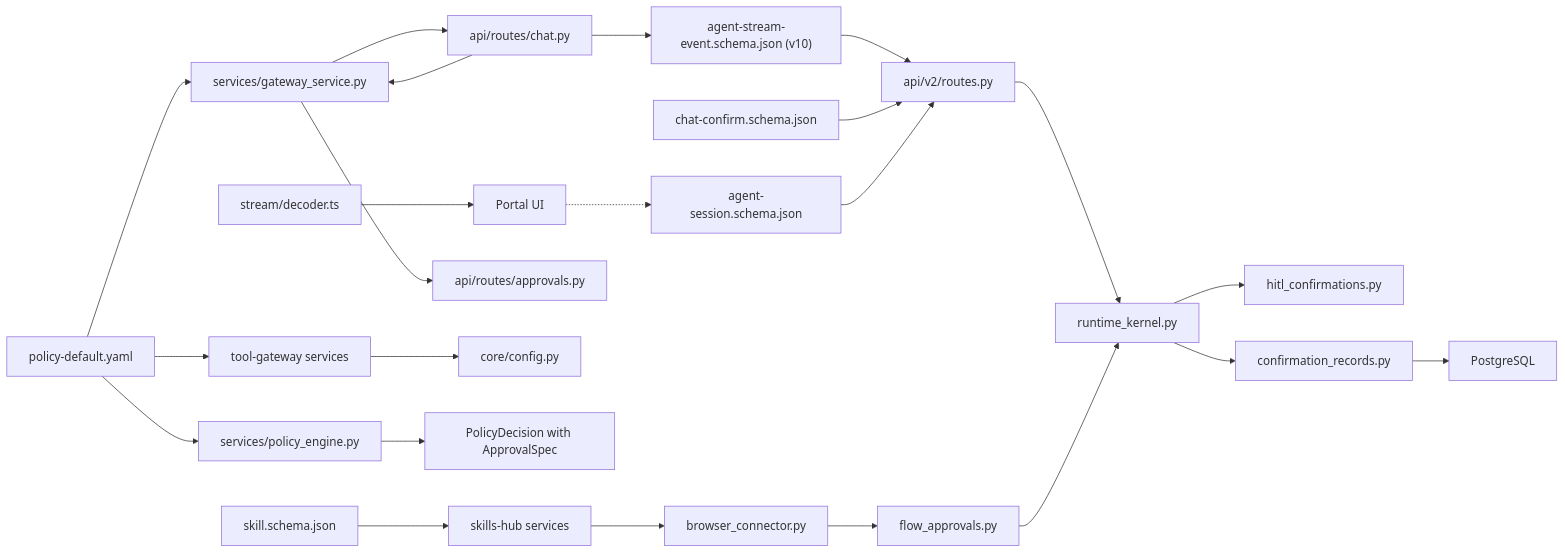
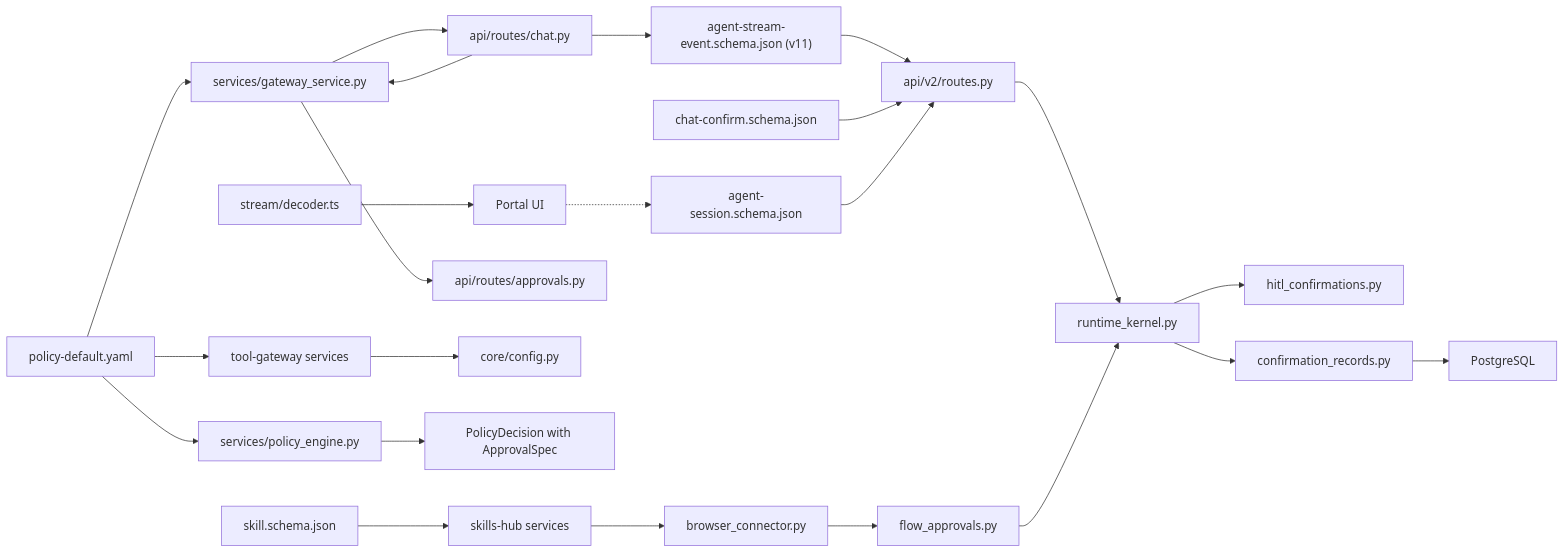
Diagram 14 of 14 in .qoder/repowiki/en/content/Agent Platform Service/HITL Confirmation Bridging (SPEC-020).md (metasync/luban-aiops), drawn with Mermaid before and after one commit. The commit also changed other lines of this file and 24 other files, not shown here.

````diff
--- a/.qoder/repowiki/en/content/Agent Platform Service/HITL Confirmation Bridging (SPEC-020).md
+++ b/.qoder/repowiki/en/content/Agent Platform Service/HITL Confirmation Bridging (SPEC-020).md
@@ -797,25 +800,25 @@
 ```mermaid
 graph LR
-SCHEMA["agent-stream-event.schema.json (v10)"] --> ROUTES["api/v2/routes.py"]
+SCHEMA["agent-stream-event.schema.json (v11)"] --> ROUTES["api/v2/routes.py"]
 CONFIRM_SCHEMA["chat-confirm.schema.json"] --> ROUTES
 SESSION_SCHEMA["agent-session.schema.json"] --> ROUTES
 SKILL_SCHEMA["skill.schema.json"] --> SKILLSHUB["skills-hub services"]
 POLICY["policy-default.yaml"] --> GWSVC["services/gateway_service.py"]
 POLICY --> TGSVC["tool-gateway services"]
 POLICY --> PE["services/policy_engine.py"]
 GWSVC --> CHATROUTE["api/routes/chat.py"]
 GWSVC --> APPROVALSROUTE["api/routes/approvals.py"]
 ROUTES --> KERNEL["runtime_kernel.py"]
 KERNEL --> REGISTRY["hitl_confirmations.py"]
 KERNEL --> RECORDS["confirmation_records.py"]
 RECORDS --> POSTGRES["PostgreSQL"]
 CHATROUTE --> GWSVC
 CHATROUTE --> SCHEMA
 TGSVC --> CONFIG["core/config.py"]
 PE --> DECISION["PolicyDecision with ApprovalSpec"]
 DECODER["stream/decoder.ts"] --> PORTAL["Portal UI"]
 PORTAL -.-> SESSION_SCHEMA
 SKILLSHUB --> BROWSERCONN["browser_connector.py"]
 BROWSERCONN --> FLOWCTX["flow_approvals.py"]
 FLOWCTX --> KERNEL
 ```
````
